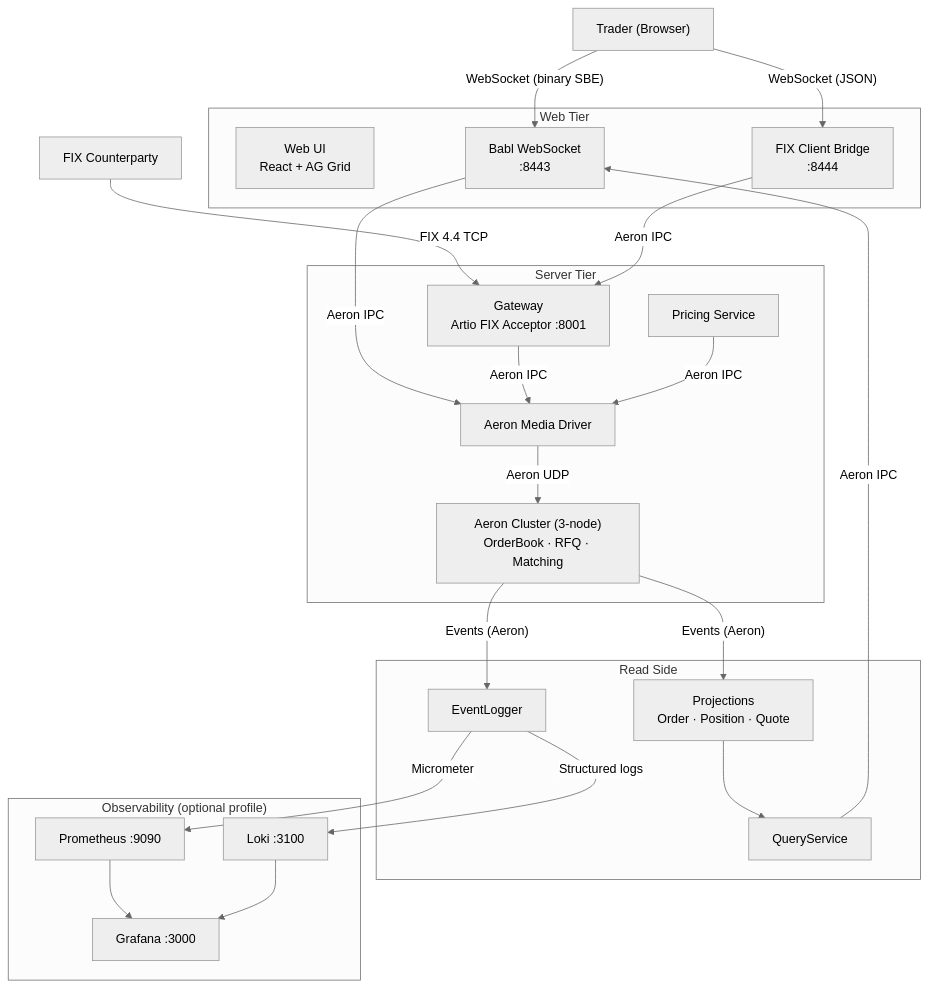
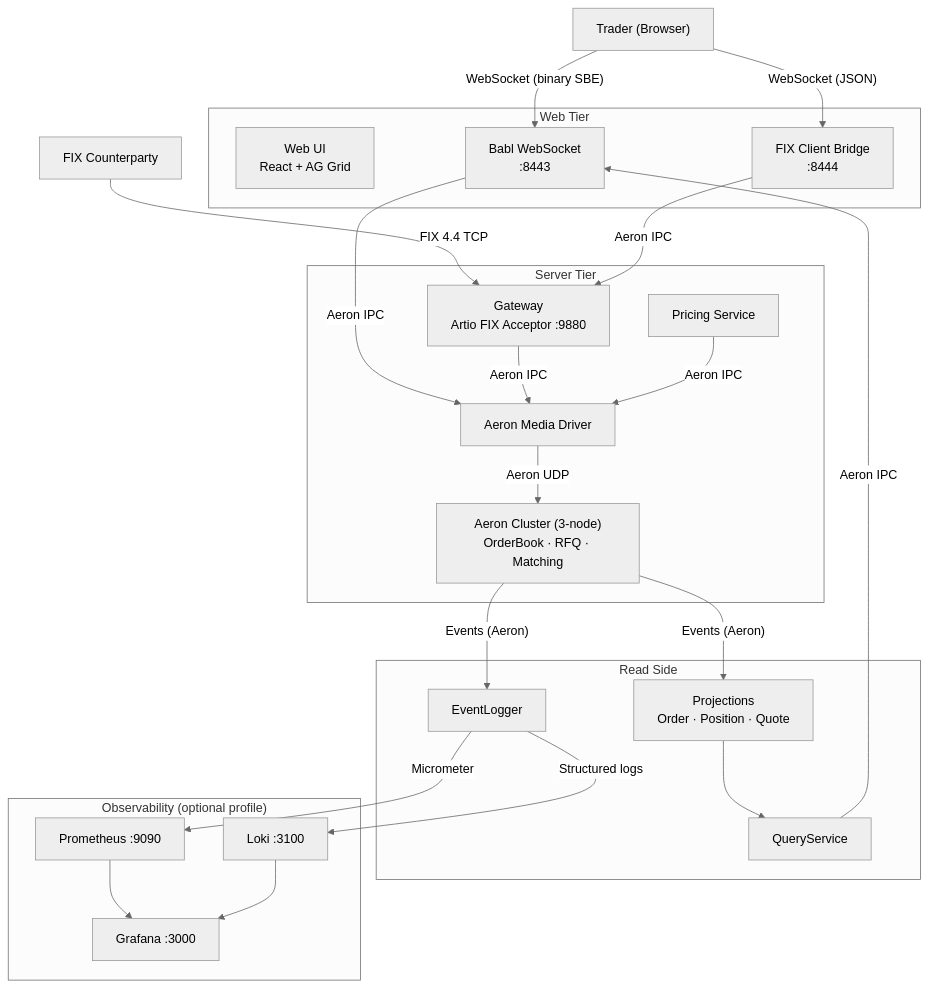
Before and after one commit to jsohi/app-trading-engine: the first of 2 diagrams in docs/architecture.md, drawn with Mermaid (neutral theme). The commit also changed 4 other files, not shown here.

````diff
--- a/docs/architecture.md
+++ b/docs/architecture.md
@@ -7,50 +7,50 @@
 ```mermaid
 graph TB
     Trader["Trader (Browser)"]
     FIXClient["FIX Counterparty"]
 
     subgraph Web["Web Tier"]
         WebUI["Web UI<br/>React + AG Grid"]
         Babl["Babl WebSocket<br/>:8443"]
         FIXBridge["FIX Client Bridge<br/>:8444"]
     end
 
     subgraph Server["Server Tier"]
-        Gateway["Gateway<br/>Artio FIX Acceptor :8001"]
+        Gateway["Gateway<br/>Artio FIX Acceptor :9880"]
         Cluster["Aeron Cluster (3-node)<br/>OrderBook · RFQ · Matching"]
         MediaDriver["Aeron Media Driver"]
         Pricing["Pricing Service"]
     end
 
     subgraph ReadSide["Read Side"]
         Projections["Projections<br/>Order · Position · Quote"]
         QueryService["QueryService"]
         EventLogger["EventLogger"]
     end
 
     subgraph Observability["Observability (optional profile)"]
         Prometheus["Prometheus :9090"]
         Loki["Loki :3100"]
         Grafana["Grafana :3000"]
     end
 
     Trader -- "WebSocket (binary SBE)" --> Babl
     Trader -- "WebSocket (JSON)" --> FIXBridge
     FIXClient -- "FIX 4.4 TCP" --> Gateway
 
     Babl -- "Aeron IPC" --> MediaDriver
     FIXBridge -- "Aeron IPC" --> Gateway
     Gateway -- "Aeron IPC" --> MediaDriver
     MediaDriver -- "Aeron UDP" --> Cluster
     Pricing -- "Aeron IPC" --> MediaDriver
 
     Cluster -- "Events (Aeron)" --> Projections
     Cluster -- "Events (Aeron)" --> EventLogger
     Projections --> QueryService
     QueryService -- "Aeron IPC" --> Babl
 
     EventLogger -- "Micrometer" --> Prometheus
     EventLogger -- "Structured logs" --> Loki
     Prometheus --> Grafana
     Loki --> Grafana
 ```
````
